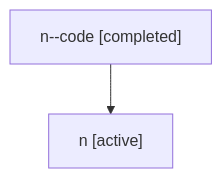
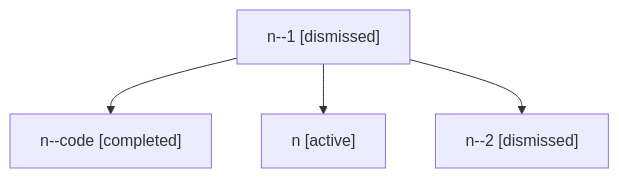
The diagram in families/bbugyi200.athena.n.md (sase-org/sase--agents), drawn with Mermaid before and after one commit. The commit also changed other lines of this file and 35830 other files, not shown here.

````diff
--- a/families/bbugyi200.athena.n.md
+++ b/families/bbugyi200.athena.n.md
@@ -9,6 +9,10 @@
 ```mermaid
 flowchart TD
-  n0["n--code [completed]"]
-  n1["n [active]"]
+  n0["n--1 [dismissed]"]
+  n1["n--code [completed]"]
   n0 --> n1
+  n2["n [active]"]
+  n0 --> n2
+  n3["n--2 [dismissed]"]
+  n0 --> n3
 ```
````
